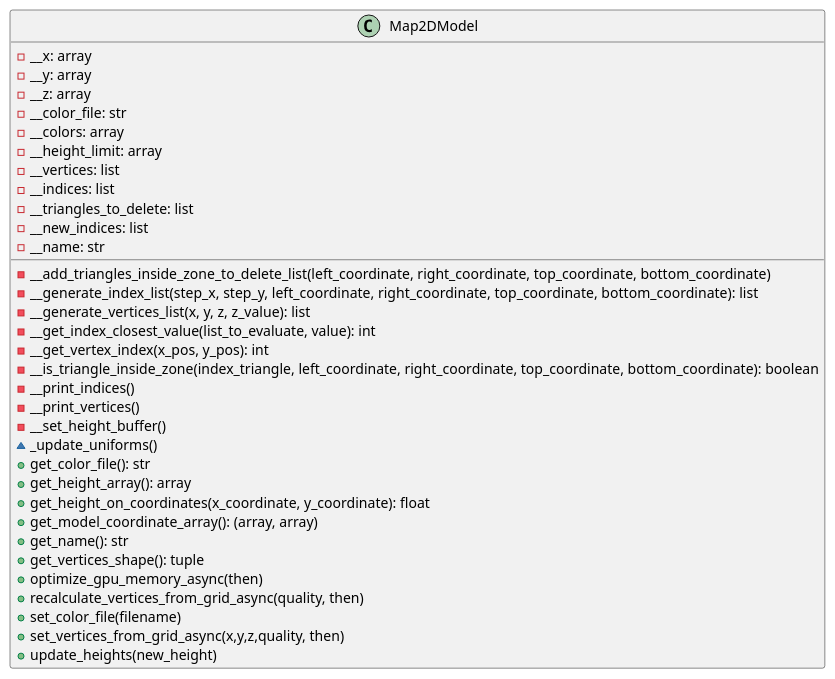
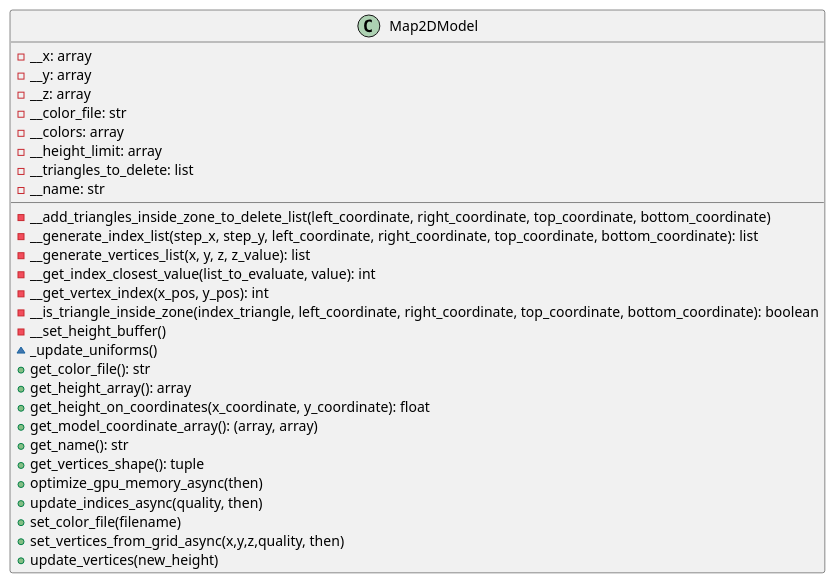
One commit to ferpoble2/Relief_Creator changed the diagram in docs/classes/Map2DModel.puml. Above: the diagram before and after it, drawn with PlantUML. The commit also changed 16 other files, not shown here.

First line of the commit message:
Updated Map2DModel class variables. (#12)

```diff
--- a/docs/classes/Map2DModel.puml
+++ b/docs/classes/Map2DModel.puml
@@ -1,38 +1,33 @@
 @startuml
-                class Map2DModel {
-                    - __x: array
-                    - __y: array
-                    - __z: array
-                    - __color_file: str
-                    - __colors: array
-                    - __height_limit: array
-                    - __vertices: list
-                    - __indices: list
-                    - __triangles_to_delete: list
-                    - __new_indices: list
-                    - __name: str
+    class Map2DModel {
+        - __x: array
+        - __y: array
+        - __z: array
+        - __color_file: str
+        - __colors: array
+        - __height_limit: array
+        - __triangles_to_delete: list
+        - __name: str
 
 
-                    - __add_triangles_inside_zone_to_delete_list(left_coordinate, right_coordinate, top_coordinate, bottom_coordinate)
-                    - __generate_index_list(step_x, step_y, left_coordinate, right_coordinate, top_coordinate, bottom_coordinate): list
-                    - __generate_vertices_list(x, y, z, z_value): list
-                    - __get_index_closest_value(list_to_evaluate, value): int
-                    - __get_vertex_index(x_pos, y_pos): int
-                    - __is_triangle_inside_zone(index_triangle, left_coordinate, right_coordinate, top_coordinate, bottom_coordinate): boolean
-                    - __print_indices()
-                    - __print_vertices()
-                    - __set_height_buffer()
-                    ~ _update_uniforms()
-                    + get_color_file(): str
-                    + get_height_array(): array
-                    + get_height_on_coordinates(x_coordinate, y_coordinate): float
-                    + get_model_coordinate_array(): (array, array)
-                    + get_name(): str
-                    + get_vertices_shape(): tuple
-                    + optimize_gpu_memory_async(then)
-                    + recalculate_vertices_from_grid_async(quality, then)
-                    + set_color_file(filename)
-                    + set_vertices_from_grid_async(x,y,z,quality, then)
-                    + update_heights(new_height)
-                }
+        - __add_triangles_inside_zone_to_delete_list(left_coordinate, right_coordinate, top_coordinate, bottom_coordinate)
+        - __generate_index_list(step_x, step_y, left_coordinate, right_coordinate, top_coordinate, bottom_coordinate): list
+        - __generate_vertices_list(x, y, z, z_value): list
+        - __get_index_closest_value(list_to_evaluate, value): int
+        - __get_vertex_index(x_pos, y_pos): int
+        - __is_triangle_inside_zone(index_triangle, left_coordinate, right_coordinate, top_coordinate, bottom_coordinate): boolean
+        - __set_height_buffer()
+        ~ _update_uniforms()
+        + get_color_file(): str
+        + get_height_array(): array
+        + get_height_on_coordinates(x_coordinate, y_coordinate): float
+        + get_model_coordinate_array(): (array, array)
+        + get_name(): str
+        + get_vertices_shape(): tuple
+        + optimize_gpu_memory_async(then)
+        + update_indices_async(quality, then)
+        + set_color_file(filename)
+        + set_vertices_from_grid_async(x,y,z,quality, then)
+        + update_vertices(new_height)
+    }
 @enduml
```
